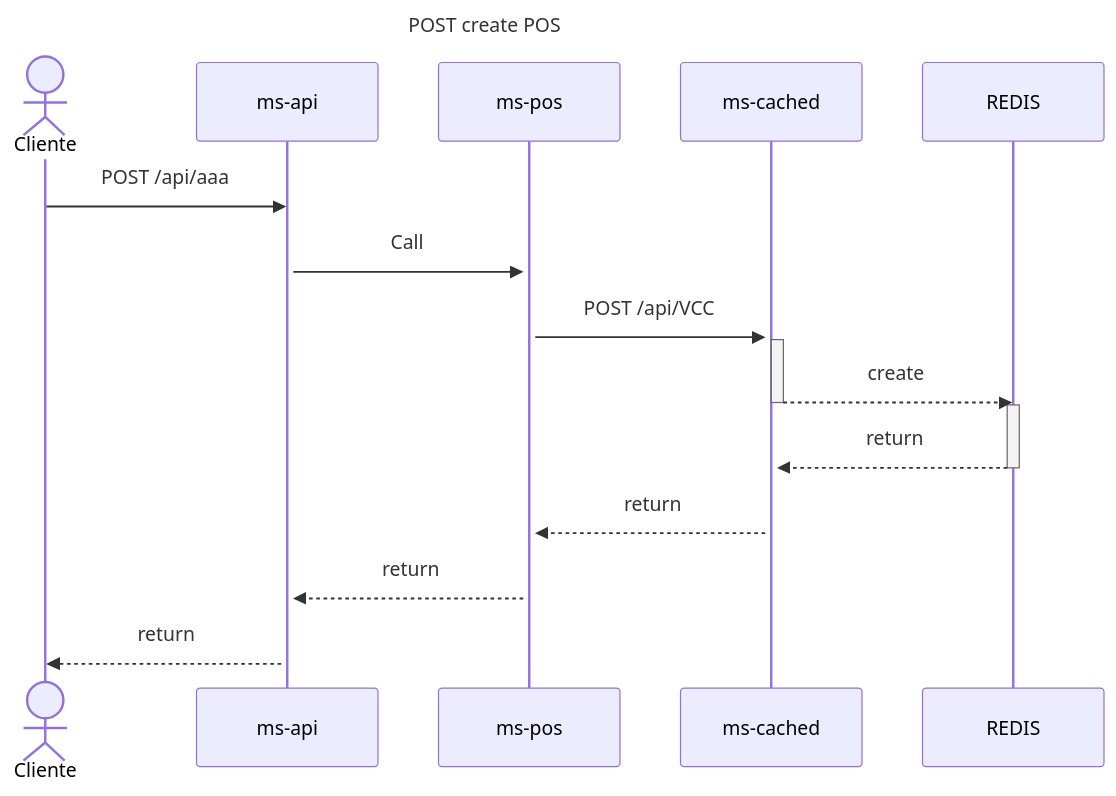
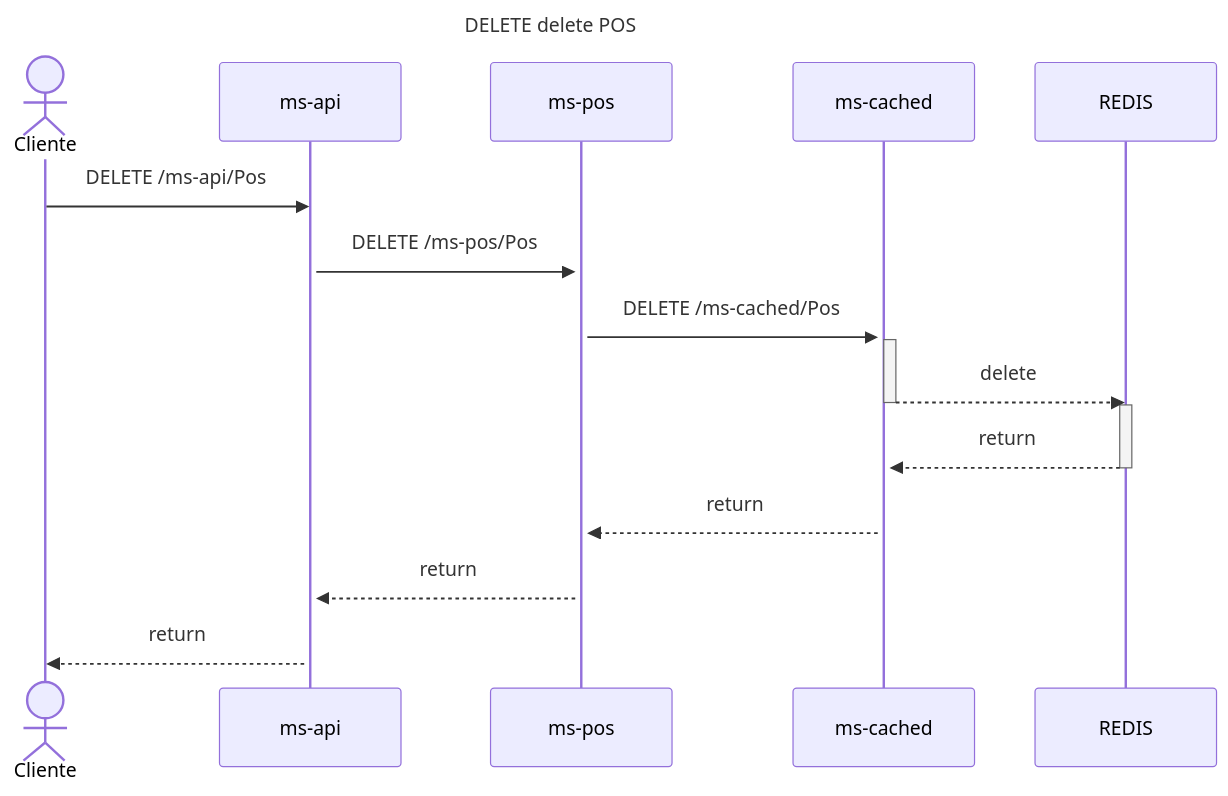
One commit to sailenicolas/JavaChallenge changed the third of 8 diagrams in README.md. Above: the diagram before and after it, drawn with Mermaid. The commit also changed other lines of this file, not shown here.

````diff
--- a/README.md
+++ b/README.md
@@ -179,24 +179,24 @@
 ```mermaid
 sequenceDiagram
-title POST create POS
+title DELETE delete POS
     actor Cliente
     participant api as ms-api
     participant pos as ms-pos
     participant cached as ms-cached
     participant datos as REDIS
-    Cliente->>api: POST /api/aaa
+    Cliente->>api: DELETE /ms-api/Pos
     activate api
     activate pos
-    api->>pos: Call
+    api->>pos: DELETE /ms-pos/Pos
     activate cached
-    pos->>cached: POST /api/VCC
+    pos->>cached: DELETE /ms-cached/Pos
     activate cached
-    cached -->> datos: create
+    cached -->> datos: delete
     deactivate cached
     activate datos
     datos -->> cached: return
     deactivate datos
     cached -->> pos: return
     pos -->> api: return
     api -->> Cliente: return
 ```
````
